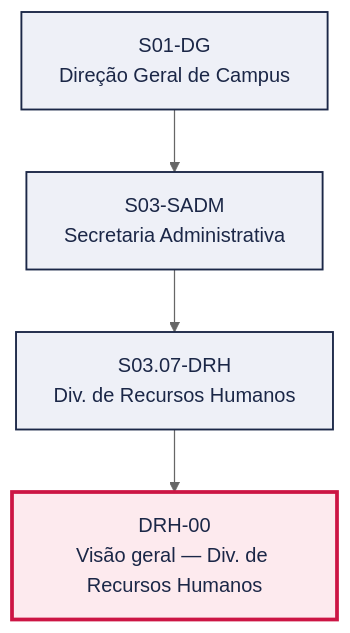
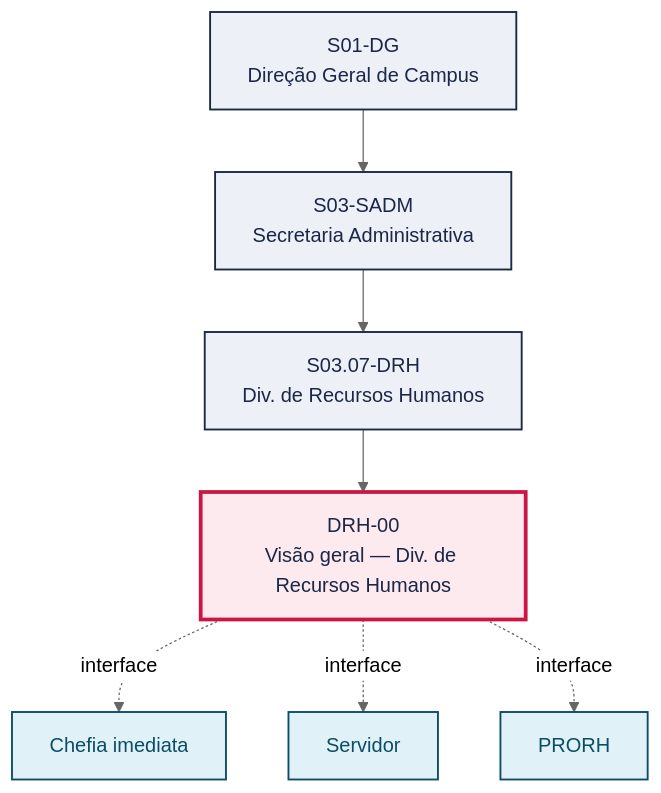
The first of 2 diagrams in pops/DRH/DRH-00.md (jessefers/canvas-vivo-atdg), drawn with Mermaid (neutral theme) before and after one commit. The commit also changed other lines of this file and 3 other files, not shown here.

````diff
--- a/pops/DRH/DRH-00.md
+++ b/pops/DRH/DRH-00.md
@@ -49,15 +52,22 @@
 ```mermaid
 graph TD
   S01_DG["S01-DG<br/>Direção Geral de Campus"]
   S03_SADM["S03-SADM<br/>Secretaria Administrativa"]
   S01_DG --> S03_SADM
   S03_07_DRH["S03.07-DRH<br/>Div. de Recursos Humanos"]
   S03_SADM --> S03_07_DRH
   P["DRH-00<br/>Visão geral — Div. de Recursos Humanos"]
   S03_07_DRH --> P
+  V1["Chefia imediata"]
+  P -. interface .-> V1
+  V2["Servidor"]
+  P -. interface .-> V2
+  V3["PRORH"]
+  P -. interface .-> V3
   classDef setor fill:#EEF0F7,stroke:#1B2747,stroke-width:1.5px,color:#1B2747
   classDef destaque fill:#FDEAEE,stroke:#CC1544,stroke-width:3px,color:#1B2747
   classDef vizinho fill:#E0F2F8,stroke:#0B4D66,stroke-width:1.5px,color:#0B4D66
   class S01_DG,S03_SADM,S03_07_DRH setor
   class P destaque
+  class V1,V2,V3 vizinho
 ```
````
